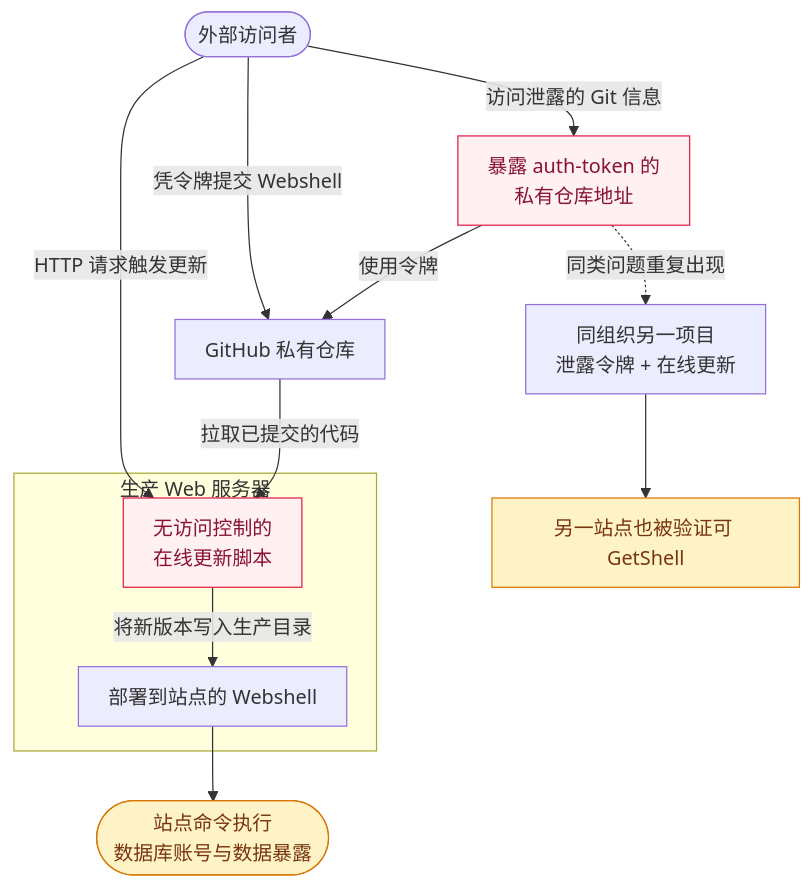
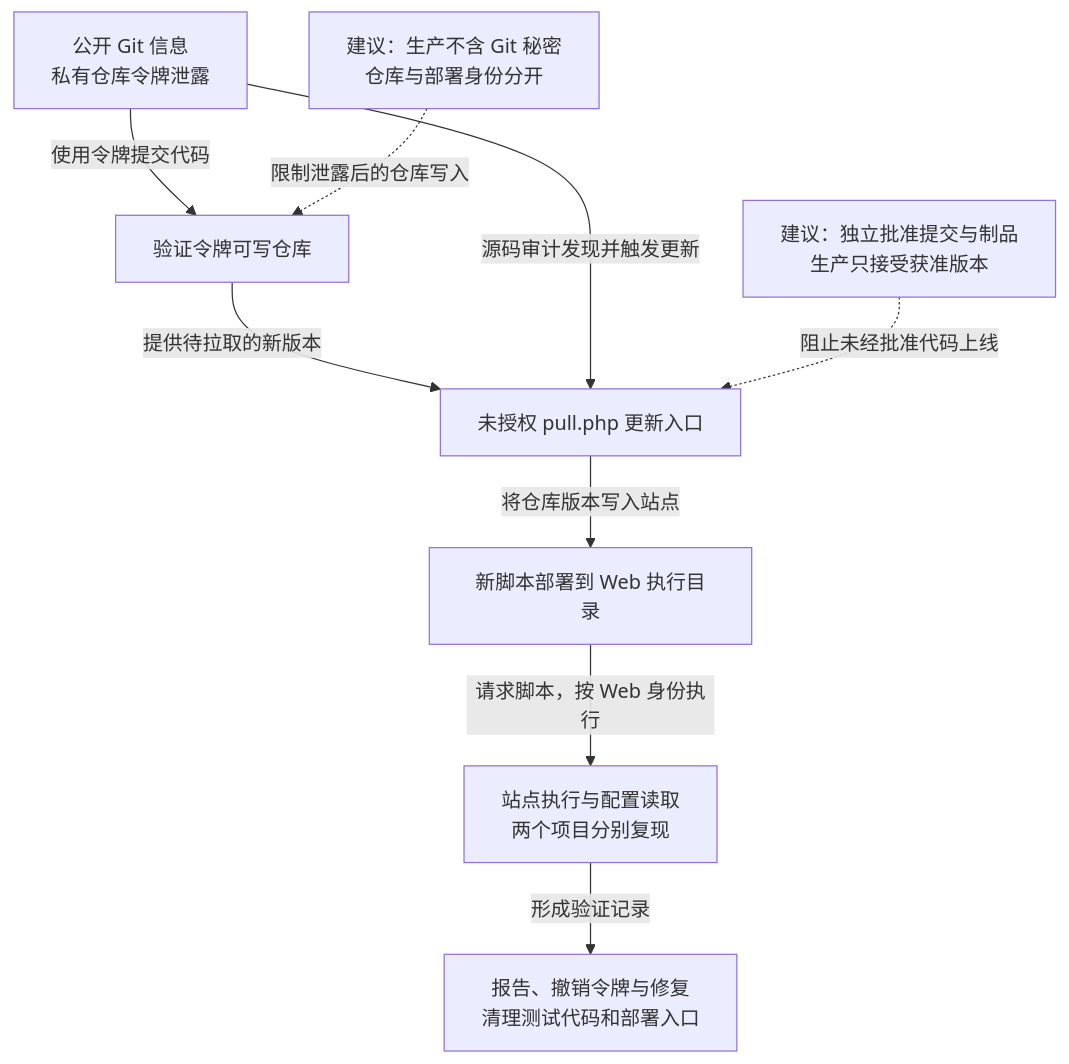
Before and after one commit to FeeiCN/FEEI.CN: the diagram in docs/01-网络安全/01-网络空间安全/01-安全威胁/01-历史攻击事件/某站点GetShell.md, drawn with Mermaid. The commit also changed other lines of this file and 21 other files, not shown here.

````diff
--- a/docs/01-网络安全/01-网络空间安全/01-安全威胁/01-历史攻击事件/某站点GetShell.md
+++ b/docs/01-网络安全/01-网络空间安全/01-安全威胁/01-历史攻击事件/某站点GetShell.md
@@ -16,28 +50,24 @@
 ```mermaid
----
-config:
-  flowchart:
-    useMaxWidth: false
-    nodeSpacing: 28
-    rankSpacing: 40
-    padding: 12
----
 flowchart TB
-accTitle: Git 凭据泄露如何借部署链进入生产环境
-accDescr: 仓库写入权限和生产更新入口在服务器上汇合：攻击者既能让恶意代码进入私有仓库，又能主动触发上线。虚线标出同组织另一个项目重复出现的机制。
-  attacker([外部访问者]) -->|访问泄露的 Git 信息| metadata[暴露 auth-token 的<br/>私有仓库地址]:::weakness
-  metadata -->|使用令牌| repo[GitHub 私有仓库]
-  attacker -->|凭令牌提交 Webshell| repo
-  subgraph production[生产 Web 服务器]
-    pull[无访问控制的<br/>在线更新脚本]:::weakness
-    webshell[部署到站点的 Webshell]
-    pull -->|将新版本写入生产目录| webshell
-  end
-  repo -->|拉取已提交的代码| pull
-  attacker -->|HTTP 请求触发更新| pull
-  webshell --> impact([站点命令执行<br/>数据库账号与数据暴露]):::impact
-  metadata -. 同类问题重复出现 .-> other[同组织另一项目<br/>泄露令牌 + 在线更新]
-  other --> second[另一站点也被验证可 GetShell]:::impact
-  classDef weakness fill:#fff1f2,stroke:#e11d48,color:#881337
-  classDef impact fill:#fef3c7,stroke:#d97706,color:#78350f
+  accTitle: 仓库写入权如何被在线更新变成生产执行权
+  accDescr: 公开 Git 信息提供私有仓库令牌，验证其可提交代码后，外部请求触发 pull.php，服务器拉取并执行新增脚本。另一项目复现同样机制。验证后报告修复；虚线为建议。
+  git["公开 Git 信息<br/>私有仓库令牌泄露"]
+  repo["验证令牌可写仓库"]
+  deploy["未授权 pull.php 更新入口"]
+  production["新脚本部署到 Web 执行目录"]
+  access["站点执行与配置读取<br/>两个项目分别复现"]
+  response["报告、撤销令牌与修复<br/>清理测试代码和部署入口"]
+  tokenControl["建议：生产不含 Git 秘密<br/>仓库与部署身份分开"]
+  releaseControl["建议：独立批准提交与制品<br/>生产只接受获准版本"]
+  git -->|使用令牌提交代码| repo
+  repo -->|提供待拉取的新版本| deploy
+  git -->|源码审计发现并触发更新| deploy
+  deploy -->|将仓库版本写入站点| production
+  production -->|请求脚本，按 Web 身份执行| access
+  access -->|形成验证记录| response
+  tokenControl -. 限制泄露后的仓库写入 .-> repo
+  releaseControl -. 阻止未经批准代码上线 .-> deploy
+  class git,repo,deploy,production,access main
+  class response response
+  class tokenControl,releaseControl note
 ```
````
